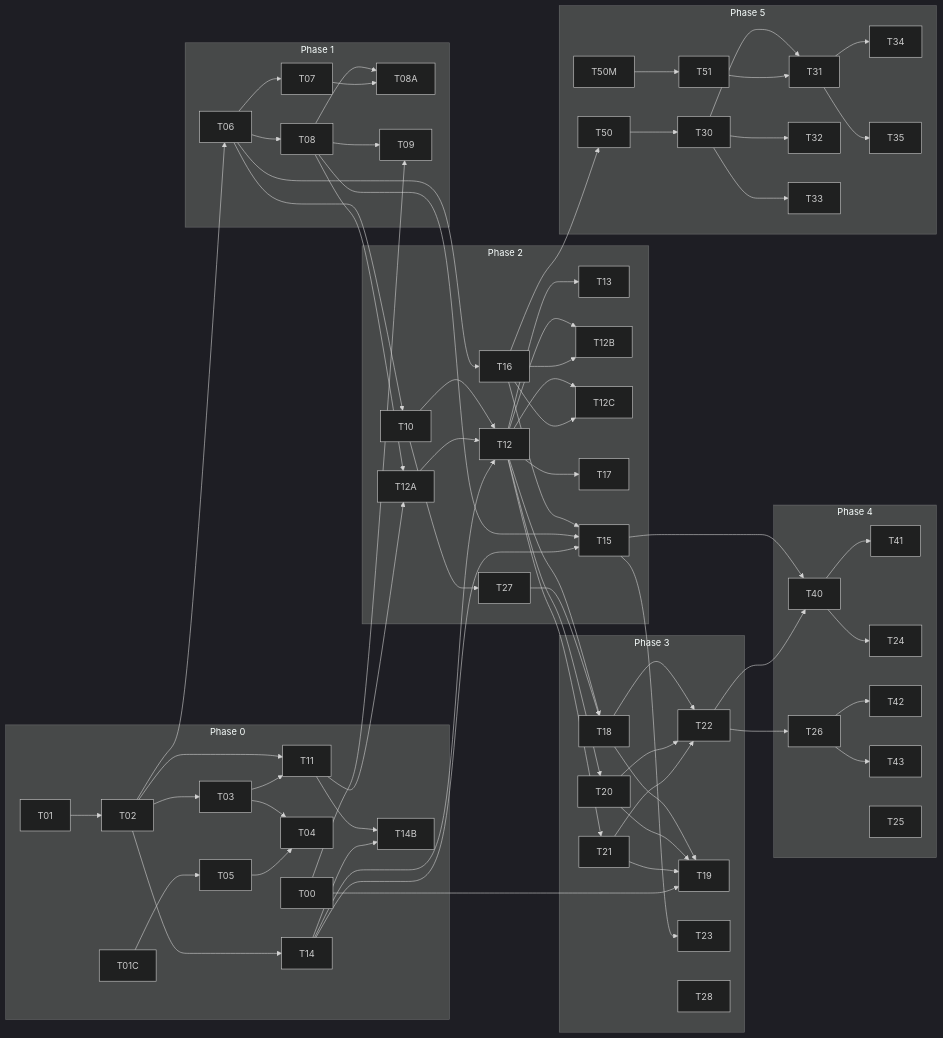
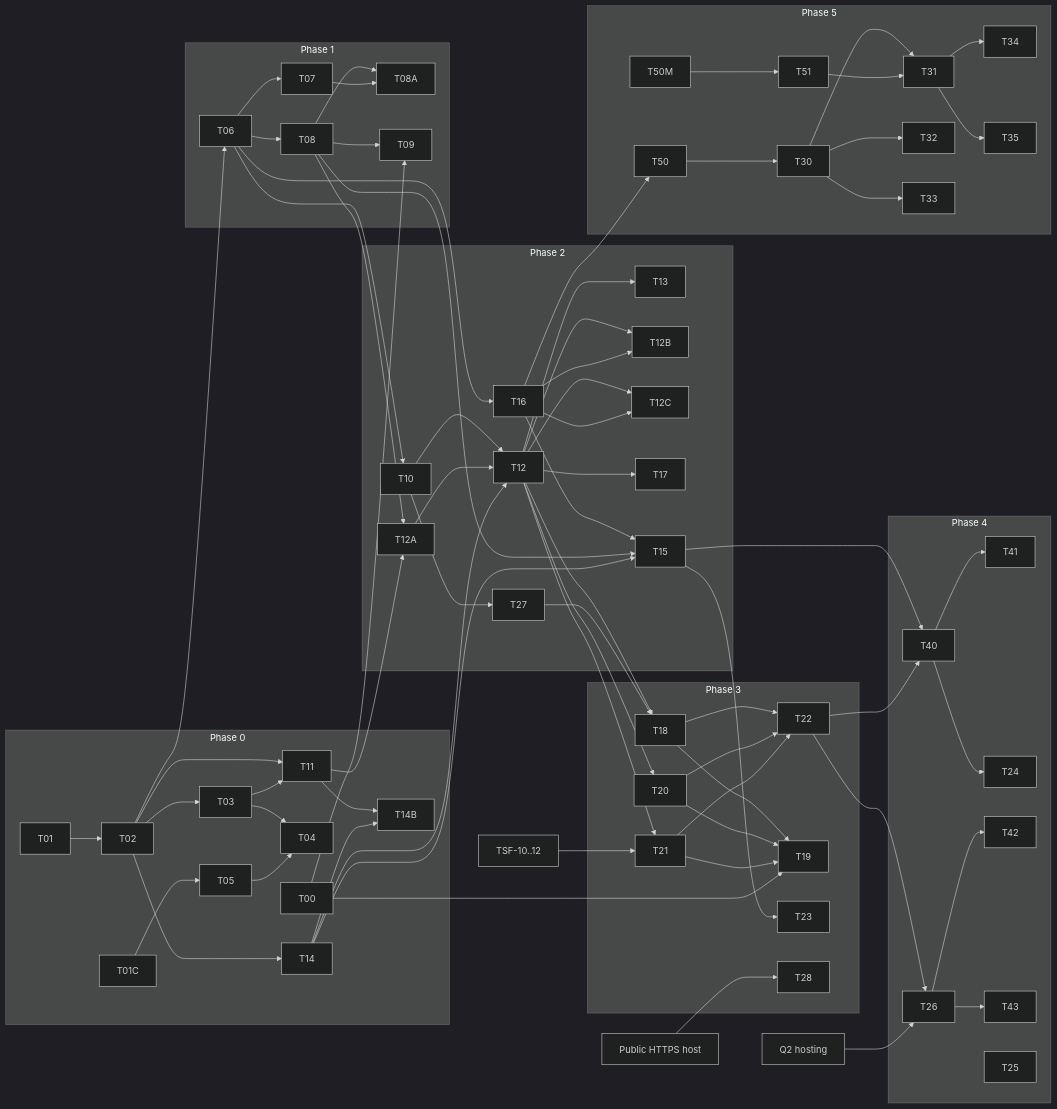
The diagram in docs/plan/05-task-list.md (Narote-Dev/ThaiShopFun-OMS), drawn with Mermaid (dark theme) before and after one commit. The commit also changed other lines of this file and 1 other file, not shown here.

Commit message:
docs: round 2 PR #22 roadmap fixes (API routing, internal clients, counts)

````diff
--- a/docs/plan/05-task-list.md
+++ b/docs/plan/05-task-list.md
@@ -42,54 +42,57 @@
 ```mermaid
 flowchart LR
   subgraph P0[Phase 0]
     T00
     T01C
     T01-->T02-->T03-->T04
     T01C-->T05-->T04
     T02-->T11 & T14
     T03-->T11
     T11 & T14-->T14B
   end
   subgraph P1[Phase 1]
     T06-->T07 & T08
     T08-->T08A & T09
     T07-->T08A
     T00-->T09
   end
   subgraph P2[Phase 2]
     T10-->T12
     T16
     T12A-->T12-->T13 & T12B & T12C & T17
     T16-->T12B & T12C & T15
     T27
   end
   subgraph P3[Phase 3]
     T18 & T20 & T21-->T22
     T18 & T20 & T21-->T19
     T23
     T28
   end
   T00-->T19
   subgraph P4[Phase 4]
     T40-->T41 & T24
     T26-->T42 & T43
     T25
   end
   subgraph P5[Phase 5]
     T50M-->T51
     T50-->T30-->T31 & T32 & T33
     T51-->T31
     T31-->T34 & T35
   end
   T02-->T06
   T06-->T10 & T16
   T08-->T12A & T15
   T11-->T12A
   T14-->T12 & T15
   T12-->T18 & T20 & T21
   T27-->T18
   T10-->T27
   T15-->T23 & T40
   T22-->T40 & T26
   T16-->T50
+  Q2[Q2 hosting] --> T26
+  HOST[Public HTTPS host] --> T28
+  TSF1012[TSF-10..12] --> T21
 ```
````
